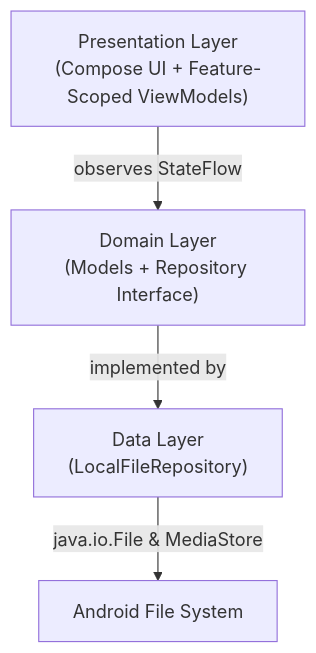
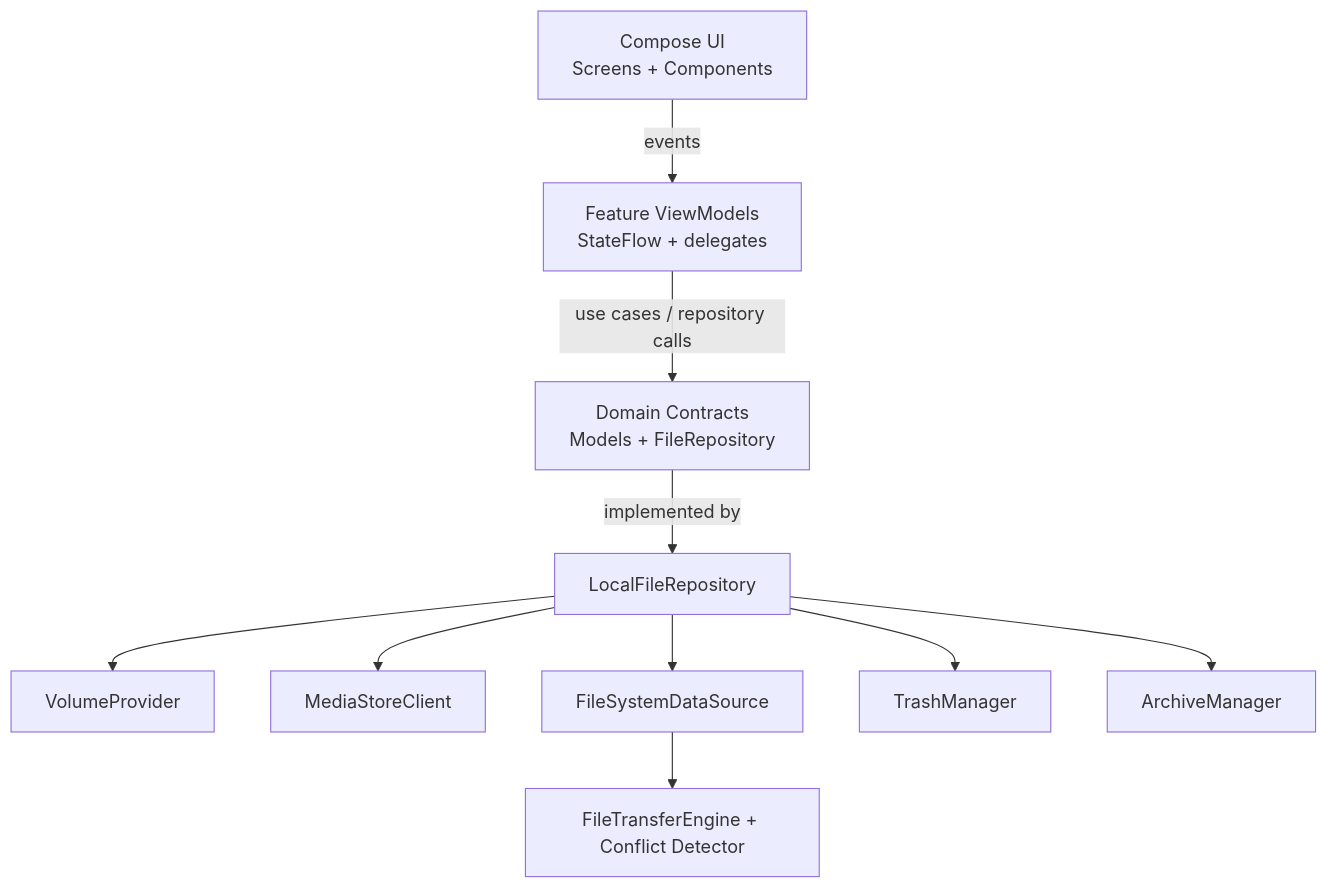
Before and after one commit to qtremors/arcile: the diagram in DEVELOPMENT.md, drawn with Mermaid. The commit also changed other lines of this file and 22 other files, not shown here.

````diff
--- a/DEVELOPMENT.md
+++ b/DEVELOPMENT.md
@@ -36,6 +39,12 @@
 ```mermaid
 graph TD
-    A["Presentation Layer<br/>(Compose UI + Feature-Scoped ViewModels)"] -->|observes StateFlow| B["Domain Layer<br/>(Models + Repository Interface)"]
-    B -->|implemented by| C["Data Layer<br/>(LocalFileRepository)"]
-    C -->|java.io.File & MediaStore| D["Android File System"]
+    A["Compose UI<br/>Screens + Components"] -->|events| B["Feature ViewModels<br/>StateFlow + delegates"]
+    B -->|use cases / repository calls| C["Domain Contracts<br/>Models + FileRepository"]
+    C -->|implemented by| D["LocalFileRepository"]
+    D --> E["VolumeProvider"]
+    D --> F["MediaStoreClient"]
+    D --> G["FileSystemDataSource"]
+    D --> H["TrashManager"]
+    D --> I["ArchiveManager"]
+    G --> J["FileTransferEngine + Conflict Detector"]
 ```
````
